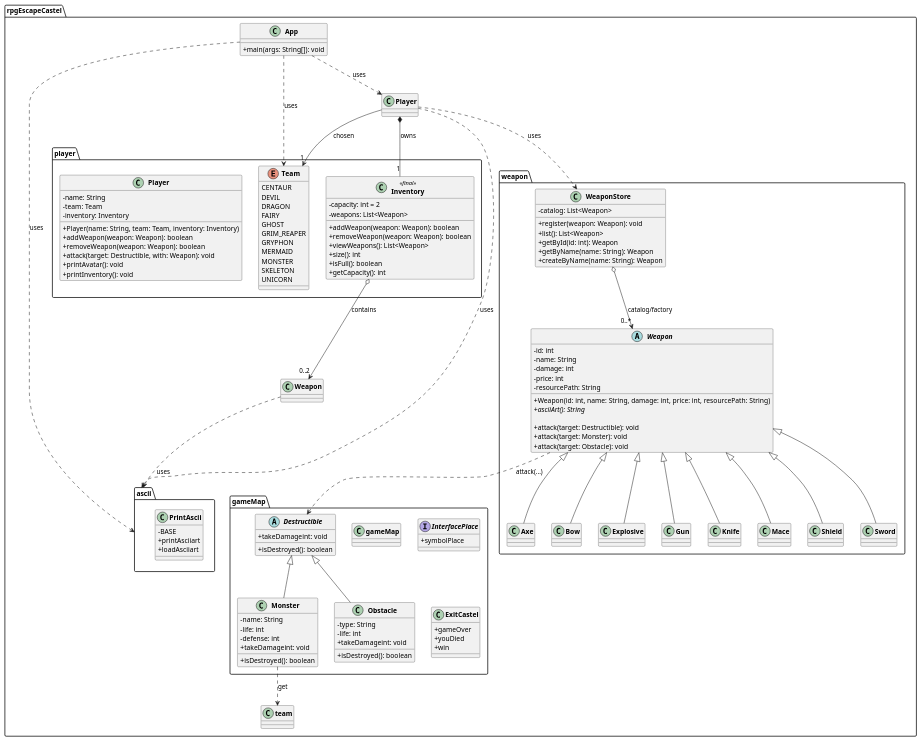
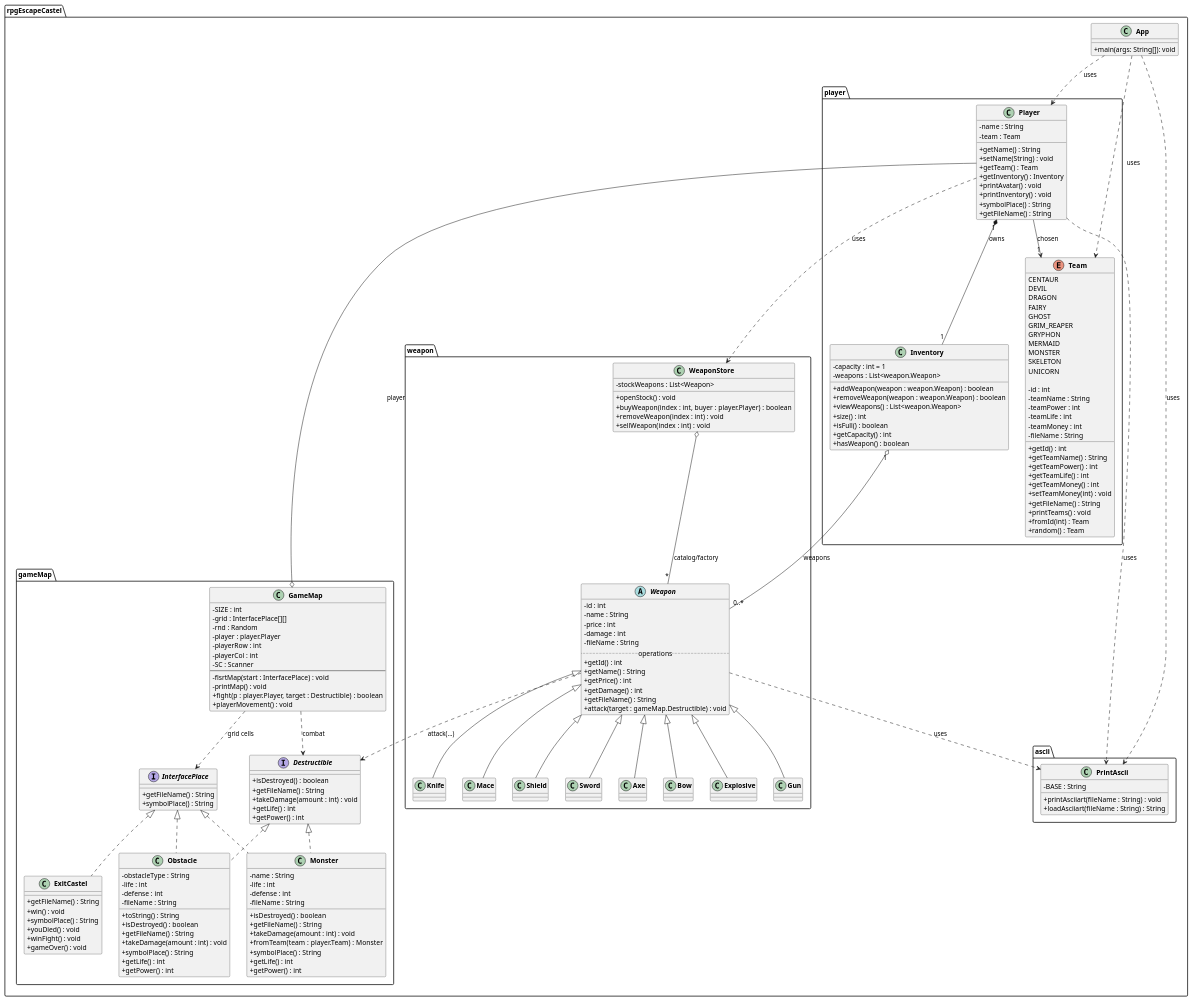
The diagram in diagram.puml (edusilvaramos/EscapeCastel), drawn with PlantUML before and after one commit.

```diff
--- a/diagram.puml
+++ b/diagram.puml
@@ -3,103 +3,19 @@
 skinparam classFontStyle bold
 
 package rpgEscapeCastel {
+
     class App {
         + main(args: String[]): void
     }
 
-    package gameMap {
-
-        class gameMap{
-
-        }
-
-        interface InterfacePlace{
-            + symbolPlace
-        }
-
-        abstract class Destructible {
-            + takeDamageint: void
-            + isDestroyed(): boolean
-        }
-
-        class Monster extends Destructible {
-            - name: String
-            - life: int
-            - defense: int
-            + takeDamageint: void
-            + isDestroyed(): boolean
-        }
-
-        class Obstacle extends Destructible {
-            - type: String
-            - life: int
-            + takeDamageint: void
-            + isDestroyed(): boolean
-        }
-
-        class ExitCastel{
-            + gameOver
-            + youDied
-            + win
+    package ascii {
+        class PrintAscii {
+            - BASE : String
+            + printAsciiart(fileName : String) : void
+            + loadAsciiart(fileName : String) : String
         }
     }
 
-'colocar o implements e o simbolo, -ver a doc  '
-    Weapon ..> ascii : uses
-    Monster ..> team : get
-    App ..> ascii : uses
-    Player ..> ascii : uses
-    
-    package ascii {
-        class PrintAscii{
-            - BASE
-            + printAsciiart
-            + loadAsciiart
-        }
-    }
-    
-
-
-
-    package weapon {
-        abstract class Weapon {
-            - id: int
-            - name: String
-            - damage: int
-            - price: int
-            - resourcePath: String
-            + Weapon(id: int, name: String, damage: int, price: int, resourcePath: String)
-            {abstract} + asciiArt(): String
-
-            ' OVERLOADING (PFF 3)'
-            + attack(target: Destructible): void
-            + attack(target: Monster): void
-            + attack(target: Obstacle): void
-        }
-
-        class Axe extends Weapon
-        class Bow extends Weapon
-        class Explosive extends Weapon
-        class Gun extends Weapon
-        class Knife extends Weapon
-        class Mace extends Weapon
-        class Shield extends Weapon
-        class Sword extends Weapon
-
-        Weapon ..> Destructible : attack(...)
-
-        class WeaponStore {
-            - catalog: List<Weapon>
-            + register(weapon: Weapon): void
-            + list(): List<Weapon>
-            + getById(id: int): Weapon
-            + getByName(name: String): Weapon
-            + createByName(name: String): Weapon
-        }
-
-        WeaponStore o--> "0..*" Weapon : catalog/factory
-
-    }
     package player {
 
         enum Team {
@@ -114,37 +30,175 @@
             MONSTER
             SKELETON
             UNICORN
+
+            - id : int
+            - teamName : String
+            - teamPower : int
+            - teamLife : int
+            - teamMoney : int
+            - fileName : String
+
+            + getId() : int
+            + getTeamName() : String
+            + getTeamPower() : int
+            + getTeamLife() : int
+            + getTeamMoney() : int
+            + setTeamMoney(int) : void
+            + getFileName() : String
+            + printTeams() : void
+            + fromId(int) : Team
+            + random() : Team
         }
-        class Inventory <<final>> {
-            - capacity: int = 2
-            - weapons: List<Weapon>
-            + addWeapon(weapon: Weapon): boolean
-            + removeWeapon(weapon: Weapon): boolean
-            + viewWeapons(): List<Weapon>
-            + size(): int
-            + isFull(): boolean
-            + getCapacity(): int
+
+        class Inventory {
+            - capacity : int = 1
+            - weapons : List<weapon.Weapon>
+            + addWeapon(weapon : weapon.Weapon) : boolean
+            + removeWeapon(weapon : weapon.Weapon) : boolean
+            + viewWeapons() : List<weapon.Weapon>
+            + size() : int
+            + isFull() : boolean
+            + getCapacity() : int
+            + hasWeapon() : boolean
         }
 
         class Player {
-            - name: String
-            - team: Team
-            - inventory: Inventory
-            + Player(name: String, team: Team, inventory: Inventory)
-            + addWeapon(weapon: Weapon): boolean
-            + removeWeapon(weapon: Weapon): boolean
-            + attack(target: Destructible, with: Weapon): void
-            + printAvatar(): void
-            + printInventory(): void
+            - name : String
+            - team : Team
+            + getName() : String
+            + setName(String) : void
+            + getTeam() : Team
+            + getInventory() : Inventory
+            + printAvatar() : void
+            + printInventory() : void
+            + symbolPlace() : String
+            + getFileName() : String
         }
     }
 
+    package weapon {
 
-    Player *-- "1" Inventory : owns
-    Inventory o--> "0..2" Weapon : contains
-    Player --> "1" Team : chosen
-    Player ..> WeaponStore : uses
-    App ..> Player : uses
-    App ..> Team : uses
+        abstract class Weapon {
+            - id : int
+            - name : String
+            - price : int
+            - damage : int
+            - fileName : String
+            ..operations..
+            + getId() : int
+            + getName() : String
+            + getPrice() : int
+            + getDamage() : int
+            + getFileName() : String
+            + attack(target : gameMap.Destructible) : void
+        }
+
+        class Axe extends Weapon
+        class Bow extends Weapon
+        class Explosive extends Weapon
+        class Gun extends Weapon
+        class Knife extends Weapon
+        class Mace extends Weapon
+        class Shield extends Weapon
+        class Sword extends Weapon
+
+        class WeaponStore {
+            - stockWeapons : List<Weapon>
+            + openStock() : void
+            + buyWeapon(index : int, buyer : player.Player) : boolean
+            + removeWeapon(index : int) : void
+            + sellWeapon(index : int) : void
+        }
+
+
+    }
+
+    package gameMap {
+
+        class GameMap {
+            - SIZE : int
+            - grid : InterfacePlace[][]
+            - rnd : Random
+            - player : player.Player
+            - playerRow : int
+            - playerCol : int
+            - SC : Scanner
+            --
+            - fisrtMap(start : InterfacePlace) : void
+            - printMap() : void
+            + fight(p : player.Player, target : Destructible) : boolean
+            + playerMovement() : void
+        }
+
+        interface InterfacePlace {
+            + getFileName() : String
+            + symbolPlace() : String
+        }
+
+        interface Destructible {
+            + isDestroyed() : boolean
+            + getFileName() : String
+            + takeDamage(amount : int) : void
+            + getLife() : int
+            + getPower() : int
+        }
+
+        class Monster implements Destructible, InterfacePlace {
+            - name : String
+            - life : int
+            - defense : int
+            - fileName : String
+            + isDestroyed() : boolean
+            + getFileName() : String
+            + takeDamage(amount : int) : void
+            + fromTeam(team : player.Team) : Monster
+            + symbolPlace() : String
+            + getLife() : int
+            + getPower() : int
+        }
+
+        class Obstacle implements Destructible, InterfacePlace {
+            - obstacleType : String
+            - life : int
+            - defense : int
+            - fileName : String
+            + toString() : String
+            + isDestroyed() : boolean
+            + getFileName() : String
+            + takeDamage(amount : int) : void
+            + symbolPlace() : String
+            + getLife() : int
+            + getPower() : int
+        }
+
+        class ExitCastel implements InterfacePlace {
+            + getFileName() : String
+            + win() : void
+            + symbolPlace() : String
+            + youDied() : void
+            + winFight() : void
+            + gameOver() : void
+        }
+
+
+    }
+
+    App ..> ascii.PrintAscii : uses
+    player.Player ..> ascii.PrintAscii : uses
+
+    player.Player "1" *-- "1" player.Inventory : owns
+    player.Inventory "1" o-- "0..*" weapon.Weapon : weapons
+    player.Player --> "1" player.Team : chosen
+    player.Player ..> weapon.WeaponStore : uses
+
+    App ..> player.Player : uses
+    App ..> player.Team : uses
+    Weapon ..> rpgEscapeCastel.ascii.PrintAscii : uses
+    Weapon ..> gameMap.Destructible : attack(...)
+    WeaponStore o-- "*" Weapon : catalog/factory
+    GameMap o-- player.Player : player
+    GameMap ..> InterfacePlace : grid cells
+    GameMap ..> Destructible : combat
 }
+
 @enduml
```
